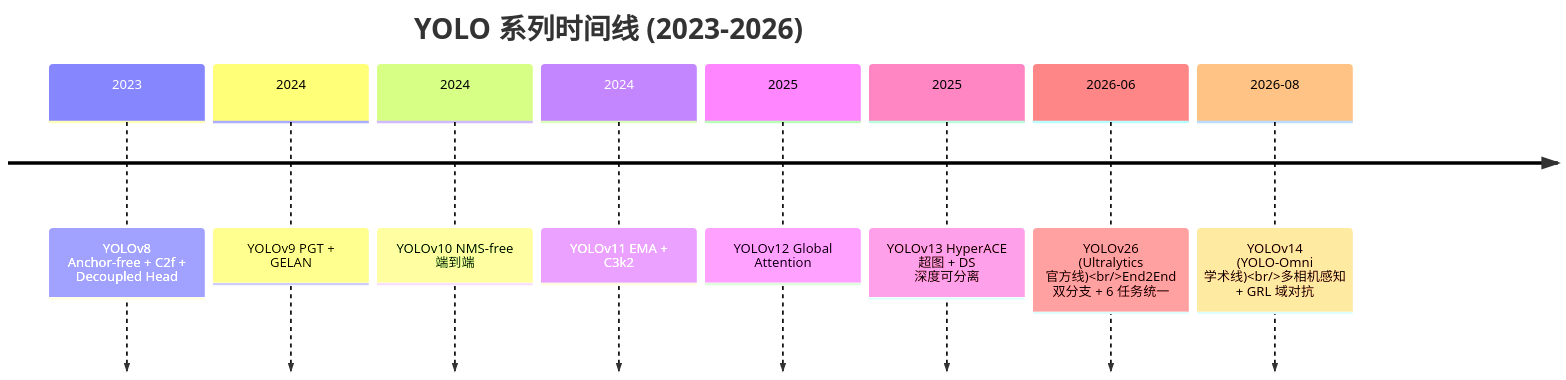
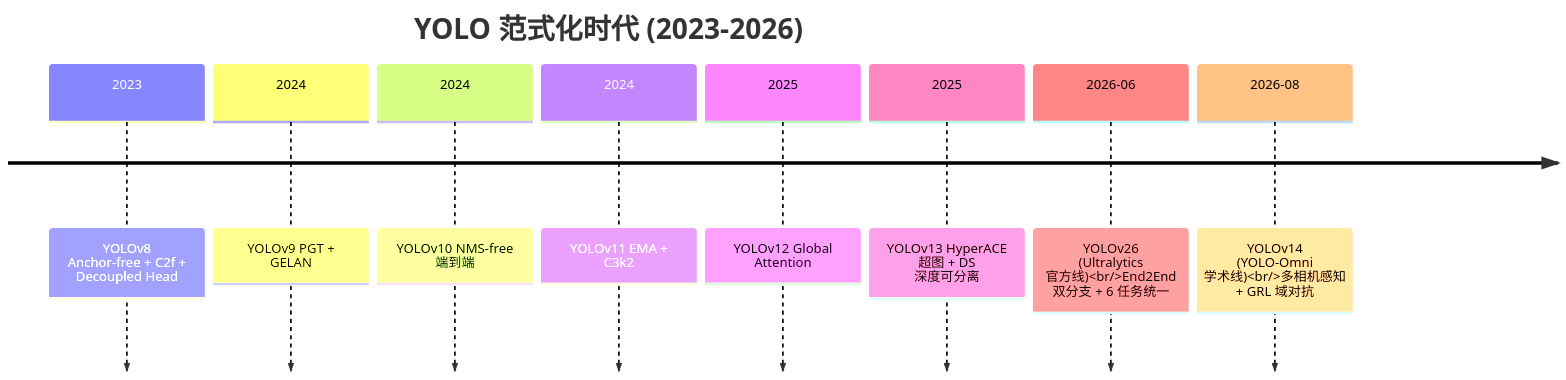
One commit to yejinlei/agent-yolo changed the fourth of 6 diagrams in docs/global/timeline.md. Above: the diagram before and after it, drawn with Mermaid. The commit also changed other lines of this file and 3 other files, not shown here.

Commit message:
docs: add Batch 4 (case cross-compare, matrix expansion, timeline viz, glossary bilingual)

````diff
--- a/docs/global/timeline.md
+++ b/docs/global/timeline.md
@@ -28,12 +75,12 @@
 ```mermaid
 timeline
-  title YOLO 系列时间线 (2023-2026)
+  title YOLO 范式化时代 (2023-2026)
   2023 : YOLOv8 Anchor-free + C2f + Decoupled Head
   2024 : YOLOv9 PGT + GELAN
   2024 : YOLOv10 NMS-free 端到端
   2024 : YOLOv11 EMA + C3k2
   2025 : YOLOv12 Global Attention
   2025 : YOLOv13 HyperACE 超图 + DS 深度可分离
   2026-06 : YOLOv26 (Ultralytics 官方线)<br/>End2End 双分支 + 6 任务统一
   2026-08 : YOLOv14 (YOLO-Omni 学术线)<br/>多相机感知 + GRL 域对抗
 ```
````
